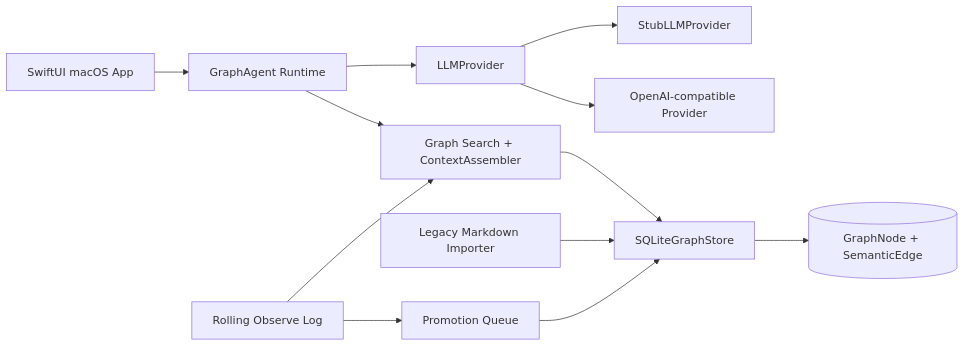
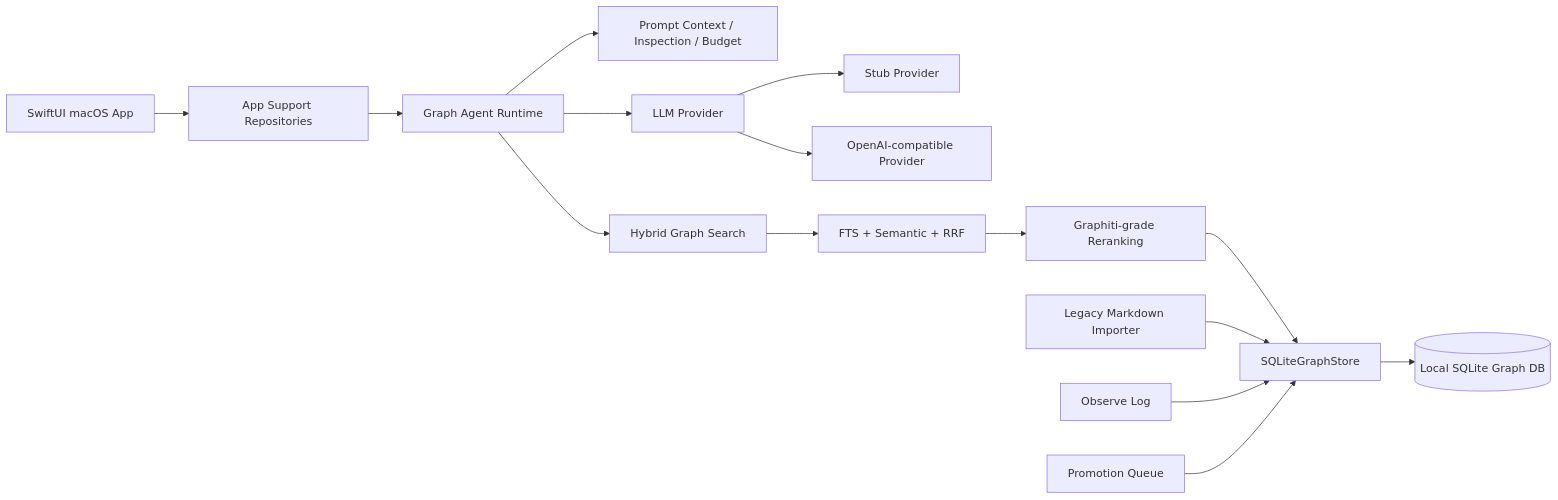
Before and after one commit to duanshiwen/connor-graph-agent-mac: the first of 2 diagrams in README.md, drawn with Mermaid. The commit also changed other lines of this file, not shown here.

````diff
--- a/README.md
+++ b/README.md
@@ -84,14 +111,19 @@
 ```mermaid
 graph LR
-    UI[SwiftUI macOS App] --> Agent[GraphAgent Runtime]
-    Agent --> Search[Graph Search + ContextAssembler]
-    Agent --> LLM[LLMProvider]
-    LLM --> Stub[StubLLMProvider]
+    UI[SwiftUI macOS App] --> AppSupport[App Support Repositories]
+    AppSupport --> Agent[Graph Agent Runtime]
+    Agent --> Prompt[Prompt Context / Inspection / Budget]
+    Agent --> LLM[LLM Provider]
+    LLM --> Stub[Stub Provider]
     LLM --> OpenAI[OpenAI-compatible Provider]
-    Search --> Store[SQLiteGraphStore]
+
+    Agent --> Search[Hybrid Graph Search]
+    Search --> RRF[FTS + Semantic + RRF]
+    RRF --> Rerank[Graphiti-grade Reranking]
+    Rerank --> Store[SQLiteGraphStore]
+
     Import[Legacy Markdown Importer] --> Store
-    Observe[Rolling Observe Log] --> Search
-    Observe --> Promotion[Promotion Queue]
-    Promotion --> Store
-    Store --> Graph[(GraphNode + SemanticEdge)]
+    Observe[Observe Log] --> Store
+    Promotion[Promotion Queue] --> Store
+    Store --> SQLite[(Local SQLite Graph DB)]
 ```
````
